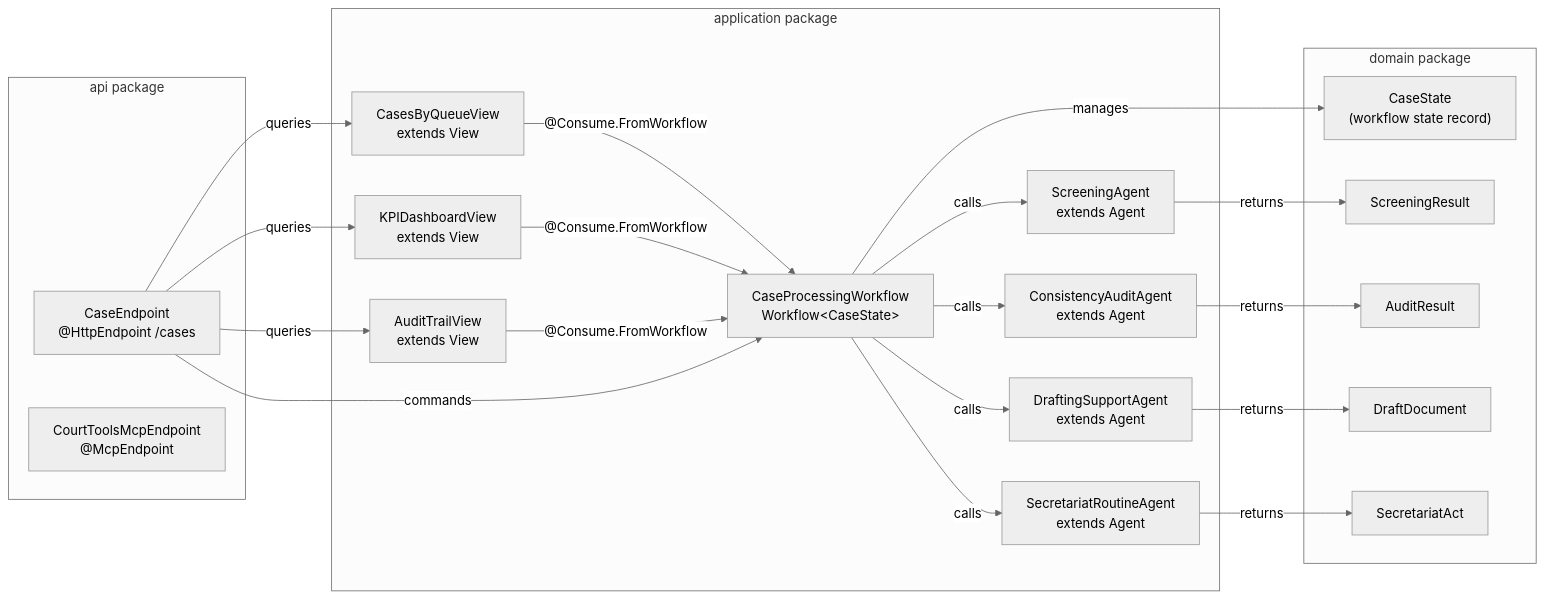
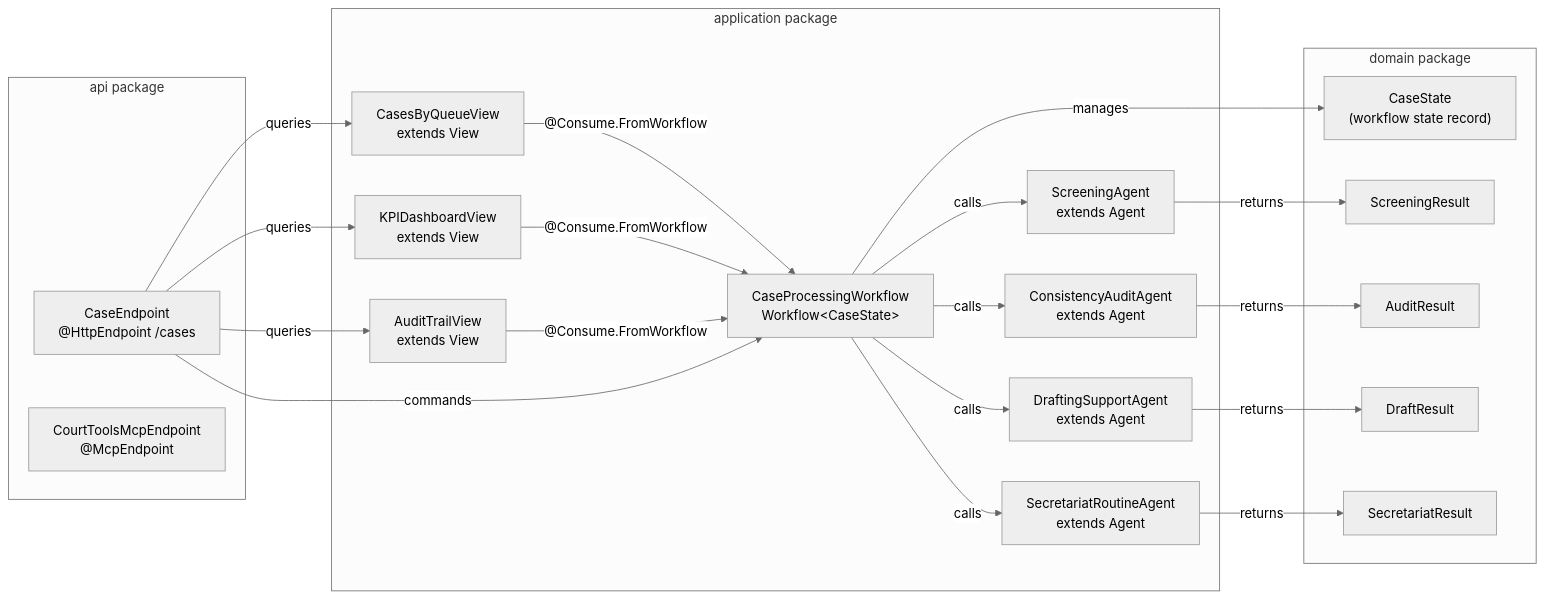
The third of 5 diagrams in README.md (aklikic/court-onboarding), drawn with Mermaid (neutral theme) before and after one commit. The commit also changed other lines of this file and 33 other files, not shown here.

````diff
--- a/README.md
+++ b/README.md
@@ -140,43 +157,43 @@
 ```mermaid
 graph LR
     subgraph "domain package"
         CaseState["CaseState<br/>(workflow state record)"]
         ScreeningResult["ScreeningResult"]
         AuditResult["AuditResult"]
-        DraftDocument["DraftDocument"]
-        SecretariatAct["SecretariatAct"]
+        DraftResult["DraftResult"]
+        SecretariatResult["SecretariatResult"]
     end
 
     subgraph "application package"
         Workflow["CaseProcessingWorkflow<br/>Workflow&lt;CaseState&gt;"]
         SA["ScreeningAgent<br/>extends Agent"]
         CA["ConsistencyAuditAgent<br/>extends Agent"]
         SRA["SecretariatRoutineAgent<br/>extends Agent"]
         DA["DraftingSupportAgent<br/>extends Agent"]
         QV["CasesByQueueView<br/>extends View"]
         KV["KPIDashboardView<br/>extends View"]
         AV["AuditTrailView<br/>extends View"]
     end
 
     subgraph "api package"
         EP["CaseEndpoint<br/>@HttpEndpoint /cases"]
         MP["CourtToolsMcpEndpoint<br/>@McpEndpoint"]
     end
 
     Workflow -->|manages| CaseState
     Workflow -->|calls| SA
     Workflow -->|calls| CA
     Workflow -->|calls| SRA
     Workflow -->|calls| DA
     SA -->|returns| ScreeningResult
     CA -->|returns| AuditResult
-    DA -->|returns| DraftDocument
-    SRA -->|returns| SecretariatAct
+    DA -->|returns| DraftResult
+    SRA -->|returns| SecretariatResult
     QV -->|"@Consume.FromWorkflow"| Workflow
     KV -->|"@Consume.FromWorkflow"| Workflow
     AV -->|"@Consume.FromWorkflow"| Workflow
     EP -->|queries| QV
     EP -->|queries| KV
     EP -->|queries| AV
     EP -->|commands| Workflow
 ```
````
